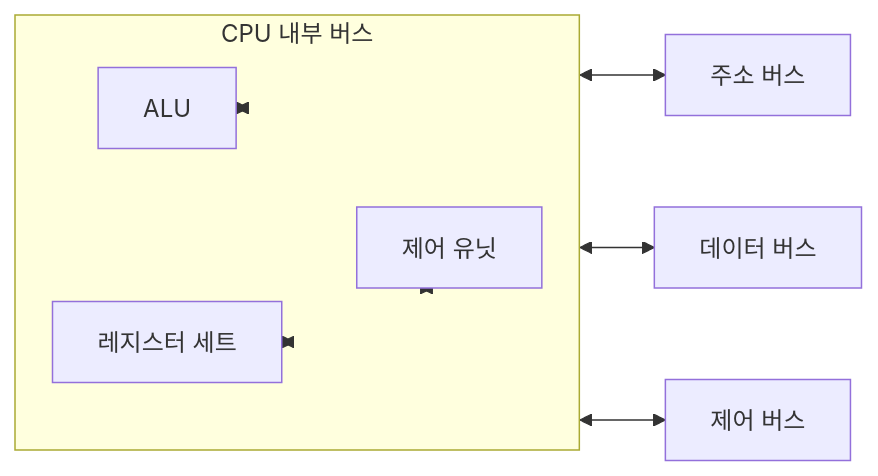
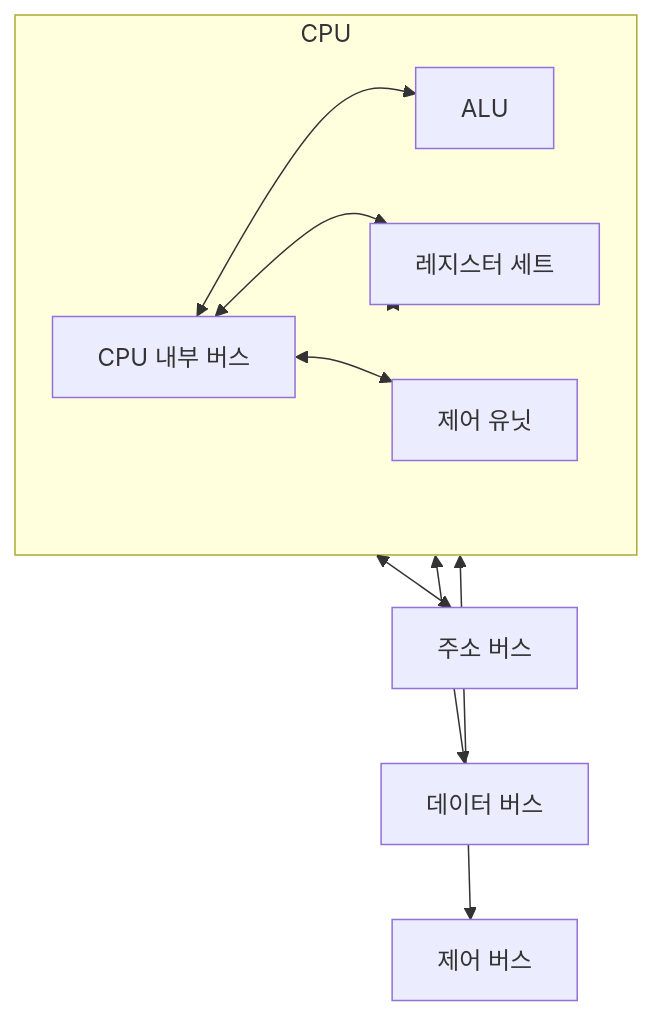
Before and after one commit to highlow12/Obsidian: the diagram in 1. 프로젝트/학교/컴퓨터 구조/2장. CPU의 구조와 기능.md, drawn with Mermaid.

Commit message:
vault backup: 2024-10-26 17:53:16

````diff
--- a/1. 프로젝트/학교/컴퓨터 구조/2장. CPU의 구조와 기능.md
+++ b/1. 프로젝트/학교/컴퓨터 구조/2장. CPU의 구조와 기능.md
@@ -18,18 +18,23 @@
 ```mermaid
 graph LR
-    subgraph CPU[CPU 내부 버스]
+    subgraph CPU[CPU]
+	    CPUBUS[CPU 내부 버스]
         ALU[ALU]
         REG[레지스터 세트]
         CU[제어 유닛]
+
+		CPUBUS <--> ALU
+		CPUBUS <--> REG
+		CPUBUS <--> CU
     end
 
     %% CPU 내부 연결
     ALU <--> CPU
     REG <--> CPU
     CU <--> CPU
 
     %% 외부 버스 연결
     CPU <--> AB[주소 버스]
     CPU <--> DB[데이터 버스]
     CPU <--> CB[제어 버스]
 ```
````
